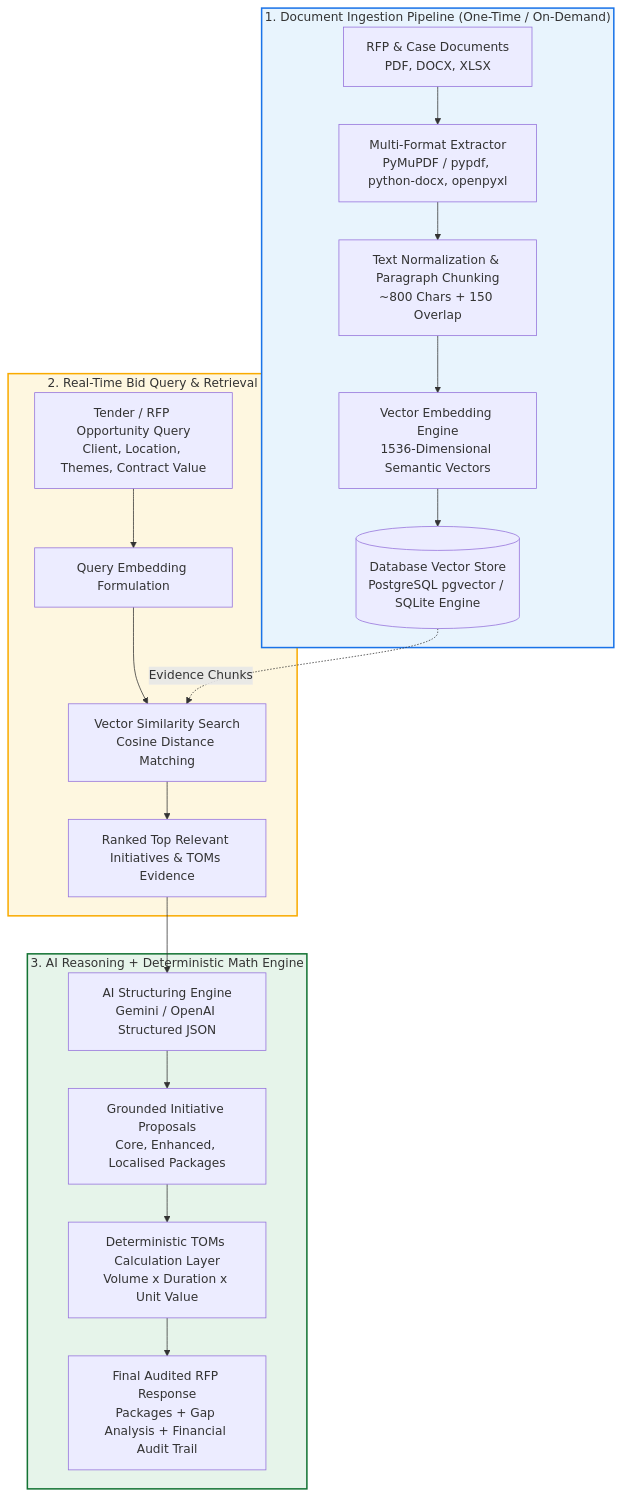
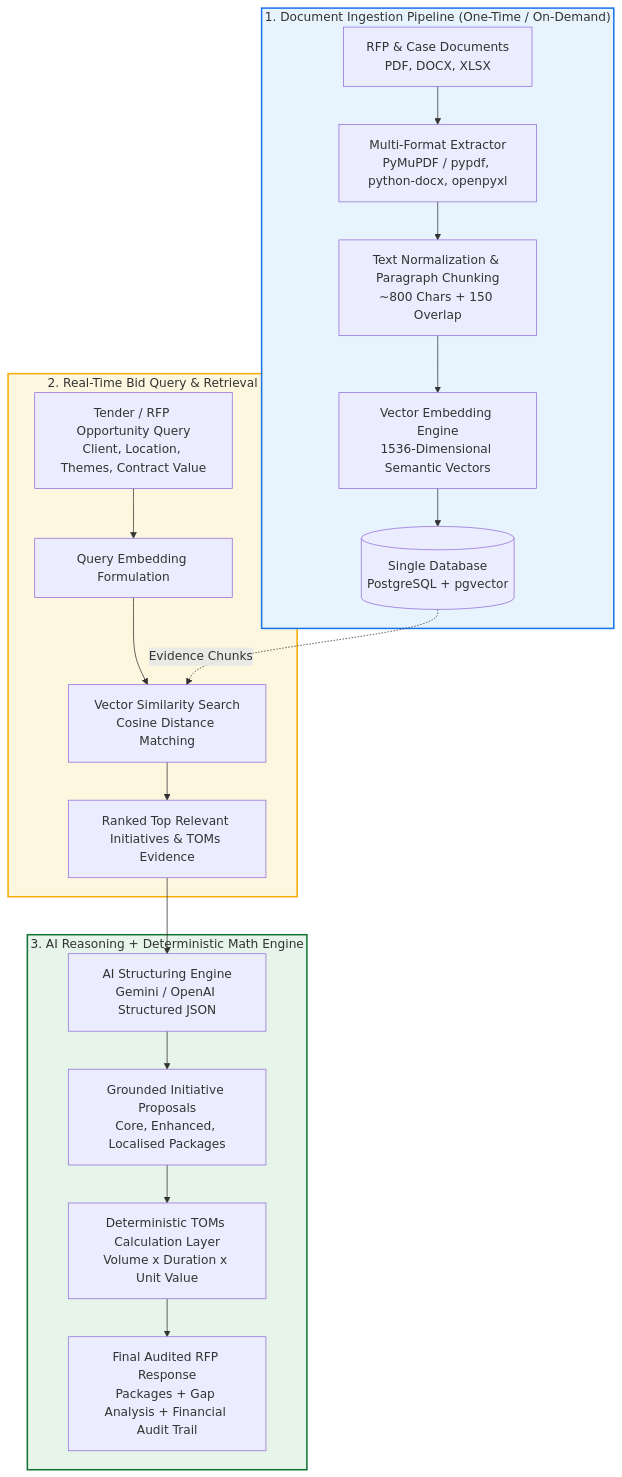
The first of 2 diagrams in architecture_and_user_flow_guide.md (monkraman/social-value-infoproj), drawn with Mermaid before and after one commit. The commit also changed other lines of this file and 14 other files, not shown here.

Commit message:
feat: add RAG-powered backend services, database schema, API routers, and enterprise documentation manual

````diff
--- a/architecture_and_user_flow_guide.md
+++ b/architecture_and_user_flow_guide.md
@@ -44,27 +44,27 @@
 ```mermaid
 flowchart TD
     subgraph INGESTION["1. Document Ingestion Pipeline (One-Time / On-Demand)"]
         A[RFP & Case Documents<br/>PDF, DOCX, XLSX] --> B[Multi-Format Extractor<br/>PyMuPDF / pypdf, python-docx, openpyxl]
         B --> C[Text Normalization & Paragraph Chunking<br/>~800 Chars + 150 Overlap]
         C --> D[Vector Embedding Engine<br/>1536-Dimensional Semantic Vectors]
-        D --> E[(Database Vector Store<br/>PostgreSQL pgvector / SQLite Engine)]
+        D --> E[(Single Database<br/>PostgreSQL + pgvector)]
     end
 
     subgraph QUERY["2. Real-Time Bid Query & Retrieval"]
         F[Tender / RFP Opportunity Query<br/>Client, Location, Themes, Contract Value] --> G[Query Embedding Formulation]
         G --> H[Vector Similarity Search<br/>Cosine Distance Matching]
         E -. Evidence Chunks .-> H
         H --> I[Ranked Top Relevant Initiatives & TOMs Evidence]
     end
 
     subgraph GENERATION["3. AI Reasoning + Deterministic Math Engine"]
         I --> J[AI Structuring Engine<br/>Gemini / OpenAI Structured JSON]
         J --> K[Grounded Initiative Proposals<br/>Core, Enhanced, Localised Packages]
         K --> L[Deterministic TOMs Calculation Layer<br/>Volume x Duration x Unit Value]
         L --> M[Final Audited RFP Response<br/>Packages + Gap Analysis + Financial Audit Trail]
     end
 
     style INGESTION fill:#e8f4fd,stroke:#1a73e8,stroke-width:2px
     style QUERY fill:#fef7e0,stroke:#f9ab00,stroke-width:2px
     style GENERATION fill:#e6f4ea,stroke:#137333,stroke-width:2px
 ```
````
